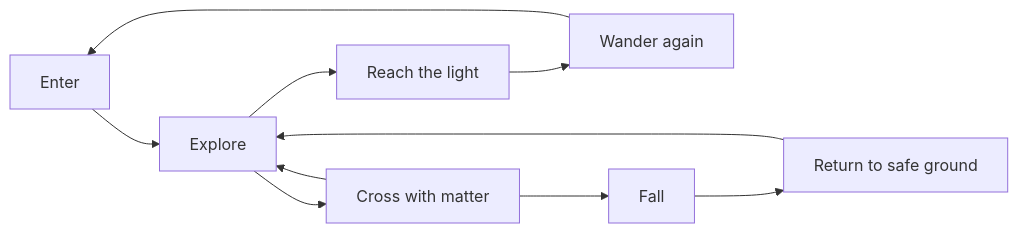
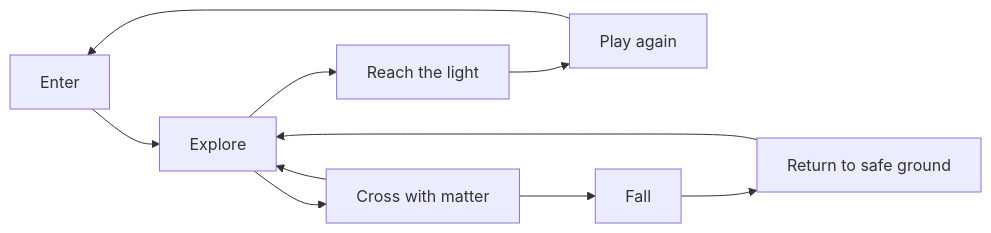
One commit to AKKI0511/living-matter changed the first of 2 diagrams in docs/experience.md. Above: the diagram before and after it, drawn with Mermaid. The commit also changed other lines of this file and 62 other files, not shown here.

````diff
--- a/docs/experience.md
+++ b/docs/experience.md
@@ -7,12 +7,12 @@
 ```mermaid
 flowchart LR
     Enter[Enter] --> Explore[Explore]
     Explore --> Cross[Cross with matter]
     Cross --> Explore
     Explore --> Arrive[Reach the light]
-    Arrive --> Restart[Wander again]
+    Arrive --> Restart[Play again]
     Restart --> Enter
     Cross --> Fall[Fall]
     Fall --> Recover[Return to safe ground]
     Recover --> Explore
 ```
````
